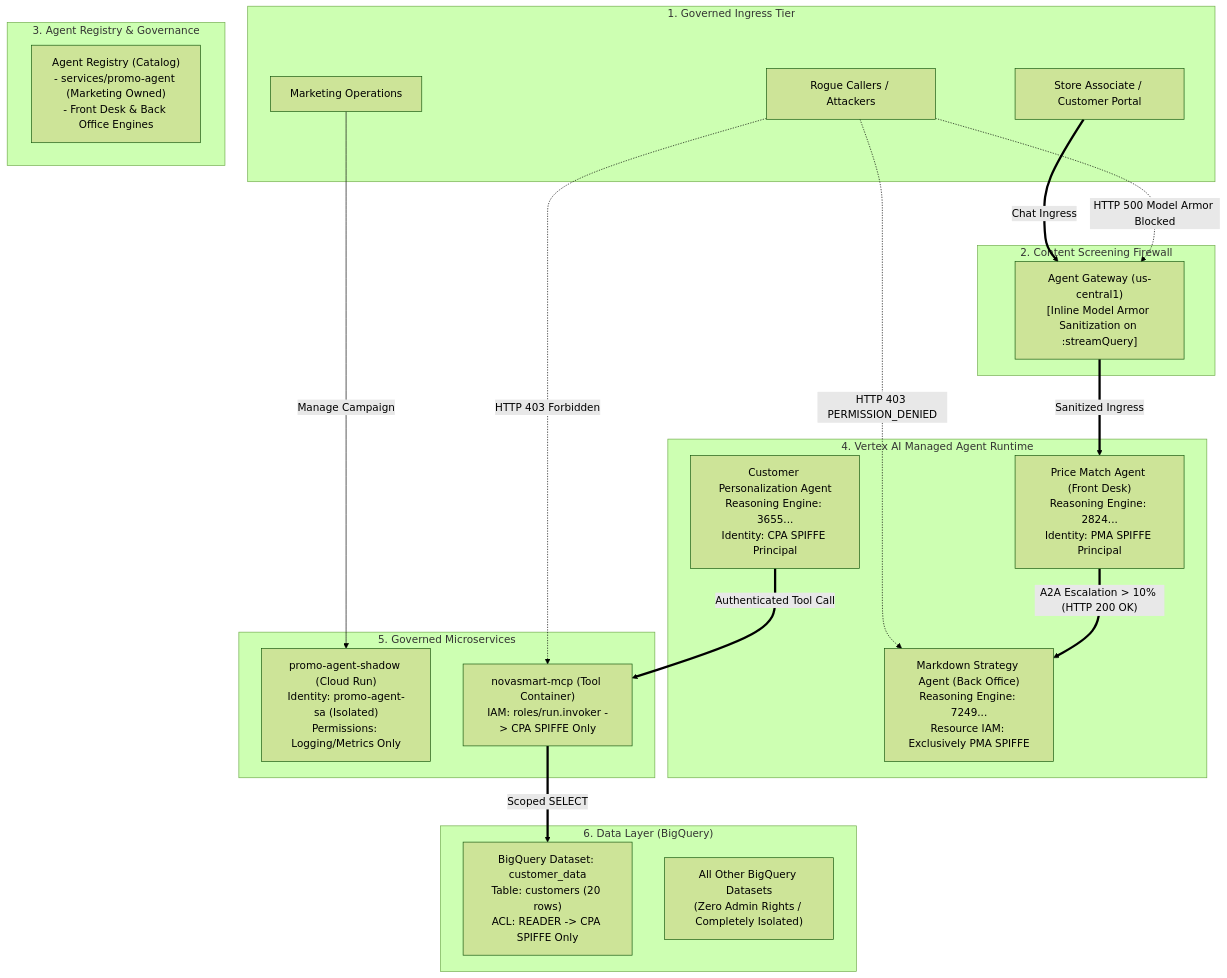
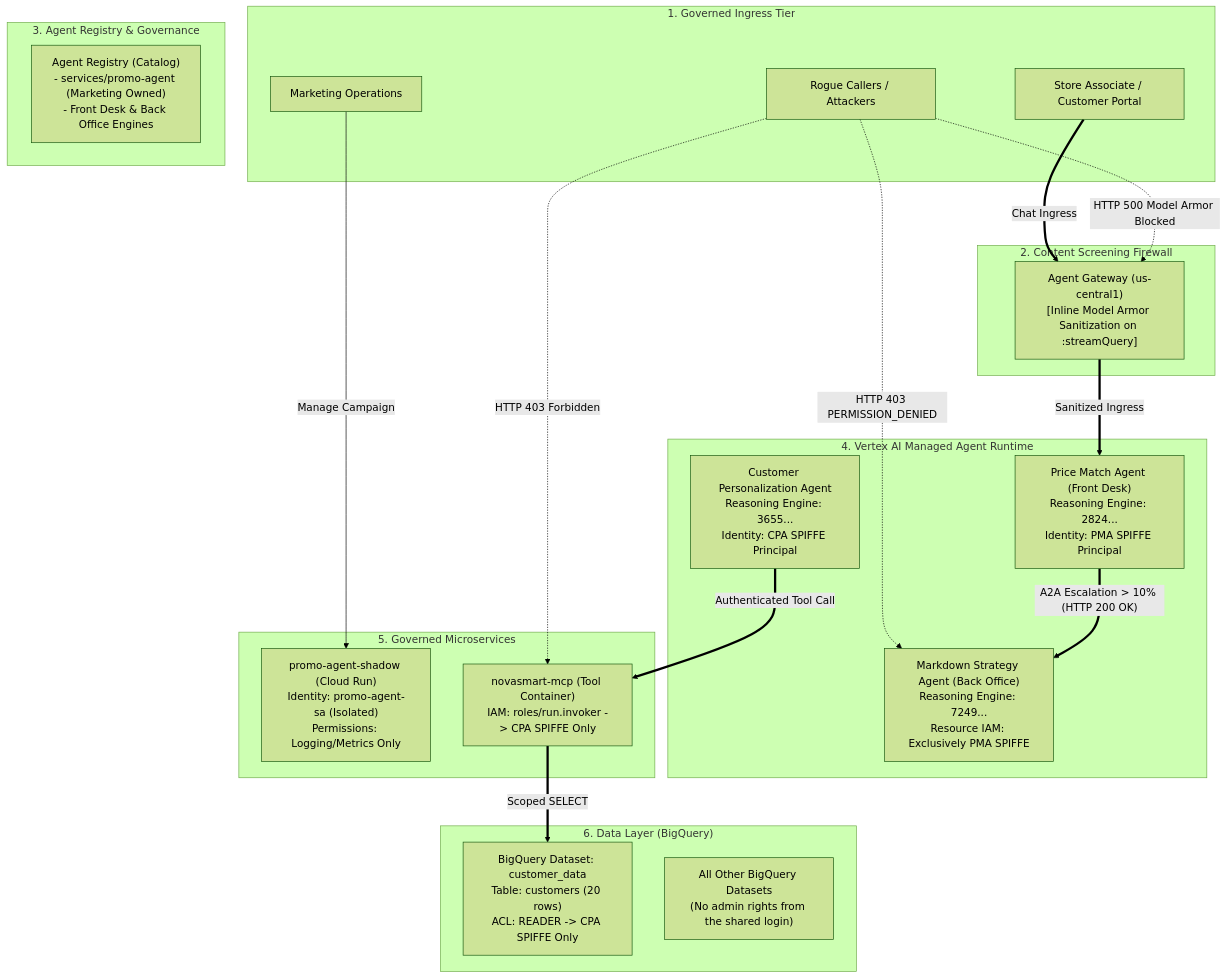
One commit to nelmiux/build-with-gemini changed the diagram in README.md. Above: the diagram before and after it, drawn with Mermaid (forest theme). The commit also changed other lines of this file and 11 other files, not shown here.

````diff
--- a/README.md
+++ b/README.md
@@ -39,44 +37,44 @@
 ```mermaid
 flowchart TD
     subgraph Ingress [1. Governed Ingress Tier]
         StoreAssociate[Store Associate / Customer Portal]
         MarketingOps[Marketing Operations]
         RogueCaller[Rogue Callers / Attackers]
     end
 
     subgraph Gateway [2. Content Screening Firewall]
         ModelArmorGW["Agent Gateway (us-central1)<br/>[Inline Model Armor Sanitization on :streamQuery]"]
     end
 
     subgraph Catalog [3. Agent Registry & Governance]
         Registry["Agent Registry (Catalog)<br/>- services/promo-agent (Marketing Owned)<br/>- Front Desk & Back Office Engines"]
     end
 
     subgraph AgentRuntime [4. Vertex AI Managed Agent Runtime]
         PMA["Price Match Agent (Front Desk)<br/>Reasoning Engine: 2824...<br/>Identity: PMA SPIFFE Principal"]
         MSA["Markdown Strategy Agent (Back Office)<br/>Reasoning Engine: 7249...<br/>Resource IAM: Exclusively PMA SPIFFE"]
         CPA["Customer Personalization Agent<br/>Reasoning Engine: 3655...<br/>Identity: CPA SPIFFE Principal"]
     end
 
     subgraph CloudRun [5. Governed Microservices]
         PromoRun["promo-agent-shadow (Cloud Run)<br/>Identity: promo-agent-sa (Isolated)<br/>Permissions: Logging/Metrics Only"]
         MCPRun["novasmart-mcp (Tool Container)<br/>IAM: roles/run.invoker -> CPA SPIFFE Only"]
     end
 
     subgraph DataTier ["6. Data Layer (BigQuery)"]
         BQ_Customer["BigQuery Dataset: customer_data<br/>Table: customers (20 rows)<br/>ACL: READER -> CPA SPIFFE Only"]
-        BQ_Protected["All Other BigQuery Datasets<br/>(Zero Admin Rights / Completely Isolated)"]
+        BQ_Protected["All Other BigQuery Datasets<br/>(No admin rights from the shared login)"]
     end
 
     StoreAssociate ==>|Chat Ingress| ModelArmorGW
     ModelArmorGW ==>|Sanitized Ingress| PMA
     MarketingOps -->|Manage Campaign| PromoRun
     
     RogueCaller -.->|HTTP 403 PERMISSION_DENIED| MSA
     RogueCaller -.->|HTTP 500 Model Armor Blocked| ModelArmorGW
     RogueCaller -.->|HTTP 403 Forbidden| MCPRun
 
     PMA ==>|"A2A Escalation > 10% (HTTP 200 OK)"| MSA
     CPA ==>|Authenticated Tool Call| MCPRun
     MCPRun ==>|Scoped SELECT| BQ_Customer
 ```
````
